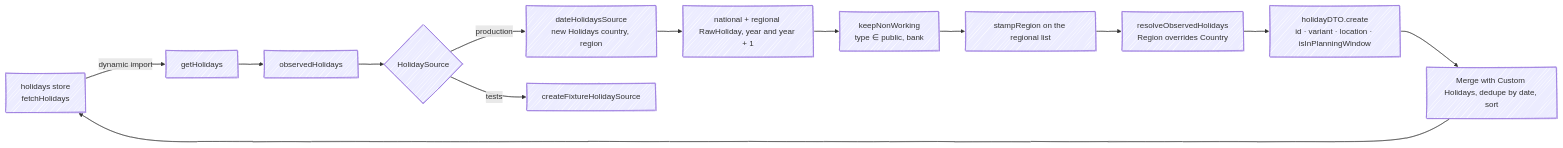
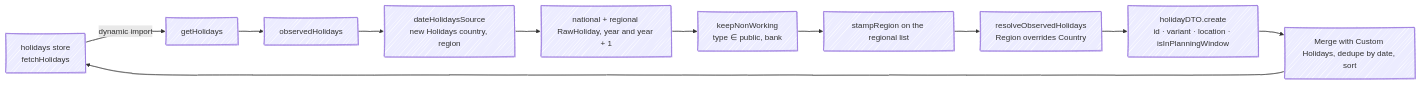
The first of 2 diagrams in apps/docs/src/content/docs/how-it-works/holidays-engine.mdx (fbuireu/forever-pto), drawn with Mermaid before and after one commit. The commit also changed other lines of this file and 18 other files, not shown here.

First line of the commit message:
refactor(web): drop the holiday source port and its fixture adapter, which only tests selected

````diff
--- a/apps/docs/src/content/docs/how-it-works/holidays-engine.mdx
+++ b/apps/docs/src/content/docs/how-it-works/holidays-engine.mdx
@@ -12,20 +12,18 @@
 ```mermaid
 ---
 config:
   look: handDrawn
   layout: dagre
 ---
 flowchart LR
   ST[holidays store<br/>fetchHolidays] -->|dynamic import| GH[getHolidays]
   GH --> OBS[observedHolidays]
-  OBS --> SRC{HolidaySource}
-  SRC -->|production| DH[dateHolidaysSource<br/>new Holidays country, region]
-  SRC -->|tests| FX[createFixtureHolidaySource]
+  OBS --> DH[dateHolidaysSource<br/>new Holidays country, region]
   DH --> RAW[national + regional RawHoliday, year and year + 1]
   RAW --> NW[keepNonWorking<br/>type ∈ public, bank]
   NW --> STAMP[stampRegion on the regional list]
   STAMP --> RES[resolveObservedHolidays<br/>Region overrides Country]
   RES --> DTO[holidayDTO.create<br/>id · variant · location · isInPlanningWindow]
   DTO --> MERGE[Merge with Custom Holidays, dedupe by date, sort]
   MERGE --> ST
 ```
````
